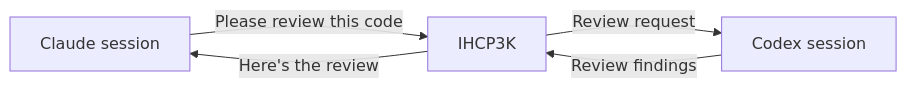
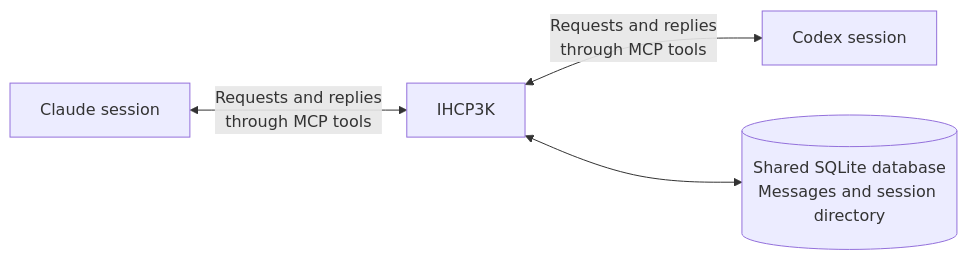
One commit to GreyManSoftware/IHCP3K changed the diagram in README.md. Above: the diagram before and after it, drawn with Mermaid. The commit also changed other lines of this file and 1 other file, not shown here.

Commit message:
Show MCP connections and SQLite in README diagrams

````diff
--- a/README.md
+++ b/README.md
@@ -71,7 +71,6 @@
 ```mermaid
 flowchart LR
-  C["Claude session"] -->|"Please review this code"| I["IHCP3K"]
-  I -->|"Review request"| X["Codex session"]
-  X -->|"Review findings"| I
-  I -->|"Here's the review"| C
+  C["Claude session"] <-->|"Requests and replies<br/>through MCP tools"| I["IHCP3K"]
+  I <-->|"Requests and replies<br/>through MCP tools"| X["Codex session"]
+  I <--> DB[("Shared SQLite database<br/>Messages and session directory")]
 ```
````
